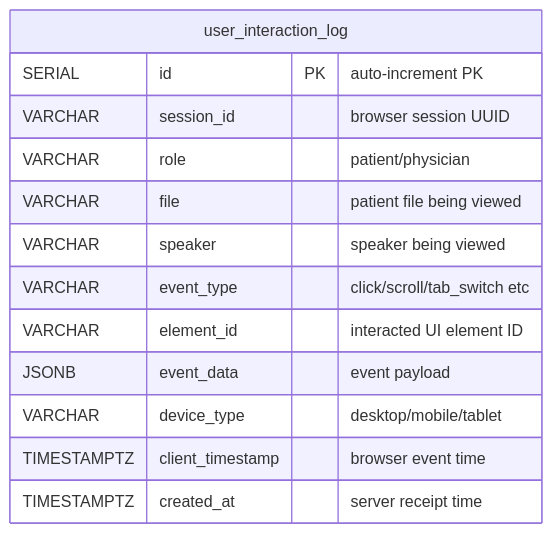
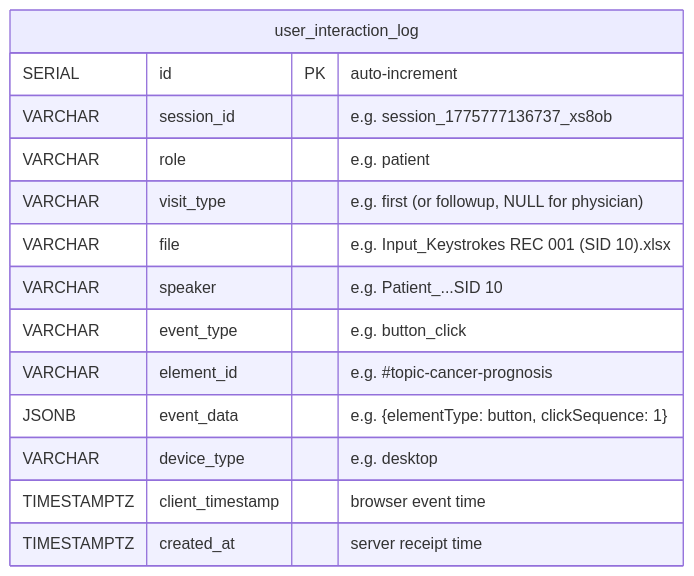
Before and after one commit to HyunjunA/Prostate_cancer_consultation: the fifth of 5 diagrams in app/Backend/patient_doctor_interface_erd_v3_en.md, drawn with Mermaid. The commit also changed other lines of this file and 2 other files, not shown here.

First line of the commit message:
docs: enhance ERD v3 with real DB examples, field-level explanations, and PDF

````diff
--- a/app/Backend/patient_doctor_interface_erd_v3_en.md
+++ b/app/Backend/patient_doctor_interface_erd_v3_en.md
@@ -148,16 +162,17 @@
 ```mermaid
 erDiagram
     user_interaction_log {
-        SERIAL id PK "auto-increment PK"
-        VARCHAR session_id "browser session UUID"
-        VARCHAR role "patient/physician"
-        VARCHAR file "patient file being viewed"
-        VARCHAR speaker "speaker being viewed"
-        VARCHAR event_type "click/scroll/tab_switch etc"
-        VARCHAR element_id "interacted UI element ID"
-        JSONB event_data "event payload"
-        VARCHAR device_type "desktop/mobile/tablet"
+        SERIAL id PK "auto-increment"
+        VARCHAR session_id "e.g. session_1775777136737_xs8ob"
+        VARCHAR role "e.g. patient"
+        VARCHAR visit_type "e.g. first (or followup, NULL for physician)"
+        VARCHAR file "e.g. Input_Keystrokes REC 001 (SID 10).xlsx"
+        VARCHAR speaker "e.g. Patient_...SID 10"
+        VARCHAR event_type "e.g. button_click"
+        VARCHAR element_id "e.g. #topic-cancer-prognosis"
+        JSONB event_data "e.g. {elementType: button, clickSequence: 1}"
+        VARCHAR device_type "e.g. desktop"
         TIMESTAMPTZ client_timestamp "browser event time"
         TIMESTAMPTZ created_at "server receipt time"
     }
 ```
````
